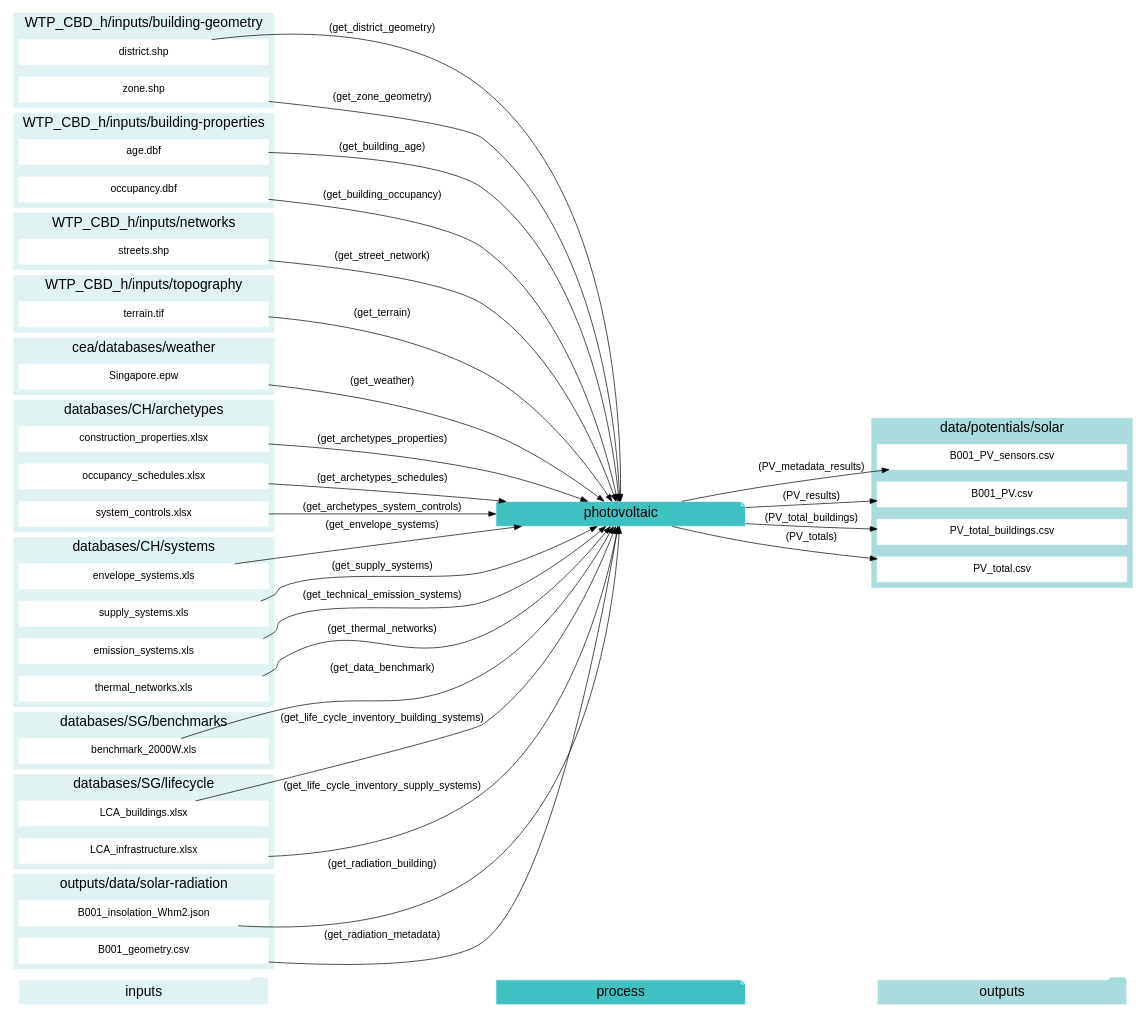
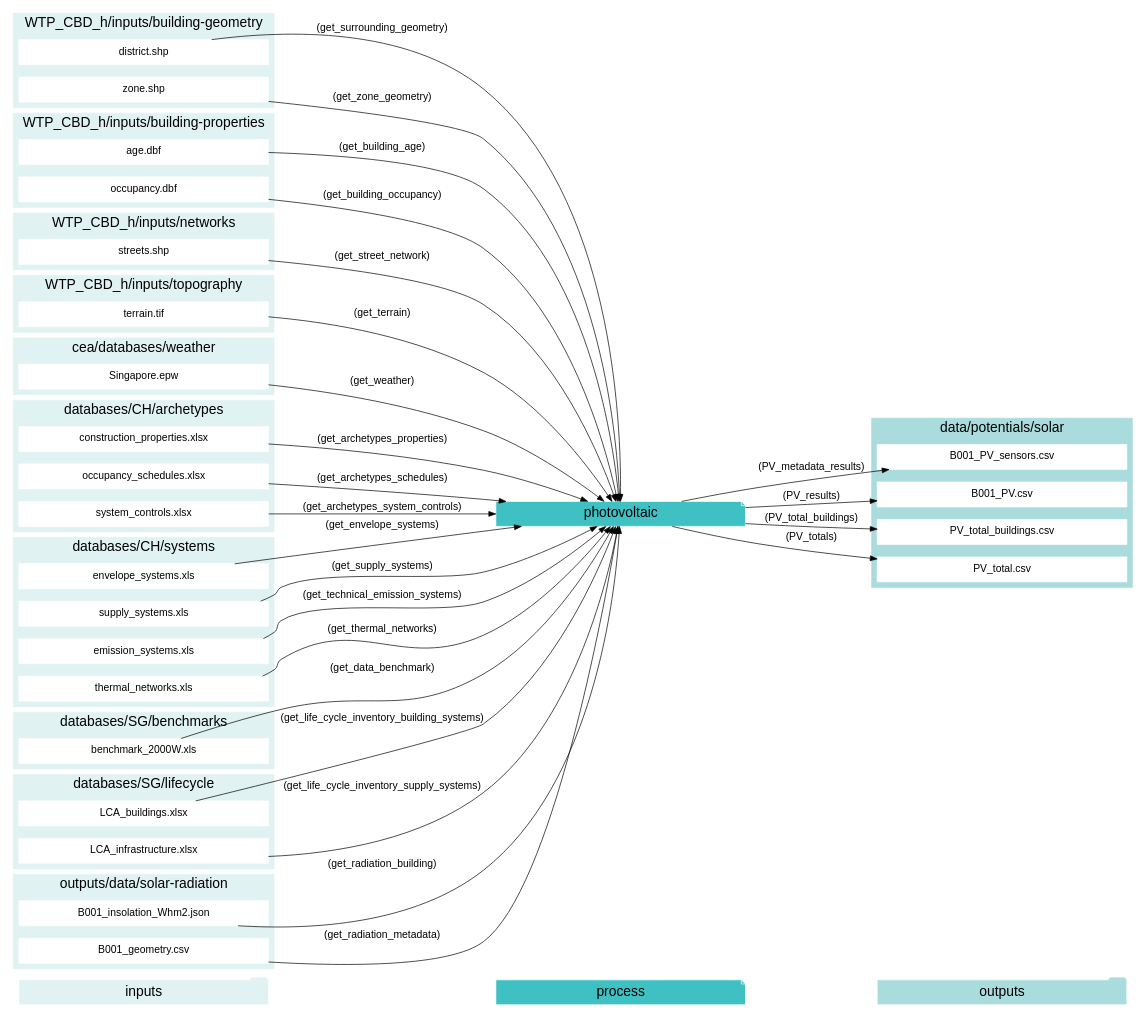
Before and after one commit to architecture-building-systems/CityEnergyAnalyst: the diagram in docs/graphviz/photovoltaic.gv, drawn with Graphviz. The commit also changed 9 other files, not shown here.

```diff
--- a/docs/graphviz/photovoltaic.gv
+++ b/docs/graphviz/photovoltaic.gv
@@ -1,140 +1,140 @@
 digraph trace_inputlocator {
     rankdir="LR";
     graph [overlap=false, fontname=arial];
     node [shape=box, style=filled, color=white, fontsize=15, fontname=arial, fixedsize=true, width=5];
     edge [fontname=arial, fontsize = 15]
     newrank=true
     subgraph cluster_legend {
     fontsize=25
     style=invis
     "process"[style=filled, fillcolor="#3FC0C2", shape=note, fontsize=20, fontname="arial"]
     "inputs" [style=filled, shape=folder, color=white, fillcolor="#E1F2F2", fontsize=20]
     "outputs"[style=filled, shape=folder, color=white, fillcolor="#aadcdd", fontsize=20]
     "inputs"->"process"[style=invis]
     "process"->"outputs"[style=invis]
     }
     "photovoltaic"[style=filled, color=white, fillcolor="#3FC0C2", shape=note, fontsize=20, fontname=arial];
     subgraph cluster_0_in {
         style = filled;
         color = "#E1F2F2";
         fontsize = 20;
         rank=same;
         label="WTP_CBD_h/inputs/building-geometry";
         "district.shp"
         "zone.shp"
     }
     subgraph cluster_1_in {
         style = filled;
         color = "#E1F2F2";
         fontsize = 20;
         rank=same;
         label="WTP_CBD_h/inputs/building-properties";
         "age.dbf"
         "occupancy.dbf"
     }
     subgraph cluster_2_in {
         style = filled;
         color = "#E1F2F2";
         fontsize = 20;
         rank=same;
         label="WTP_CBD_h/inputs/networks";
         "streets.shp"
     }
     subgraph cluster_3_in {
         style = filled;
         color = "#E1F2F2";
         fontsize = 20;
         rank=same;
         label="WTP_CBD_h/inputs/topography";
         "terrain.tif"
     }
     subgraph cluster_4_in {
         style = filled;
         color = "#E1F2F2";
         fontsize = 20;
         rank=same;
         label="cea/databases/weather";
         "Singapore.epw"
     }
     subgraph cluster_5_out {
         style = filled;
         color = "#aadcdd";
         fontsize = 20;
         rank=same;
         label="data/potentials/solar";
         "B001_PV_sensors.csv"
         "B001_PV.csv"
         "PV_total_buildings.csv"
         "PV_total.csv"
     }
     subgraph cluster_6_in {
         style = filled;
         color = "#E1F2F2";
         fontsize = 20;
         rank=same;
         label="databases/CH/archetypes";
         "construction_properties.xlsx"
         "occupancy_schedules.xlsx"
         "system_controls.xlsx"
     }
     subgraph cluster_7_in {
         style = filled;
         color = "#E1F2F2";
         fontsize = 20;
         rank=same;
         label="databases/CH/systems";
         "envelope_systems.xls"
         "supply_systems.xls"
         "emission_systems.xls"
         "thermal_networks.xls"
     }
     subgraph cluster_8_in {
         style = filled;
         color = "#E1F2F2";
         fontsize = 20;
         rank=same;
         label="databases/SG/benchmarks";
         "benchmark_2000W.xls"
     }
     subgraph cluster_9_in {
         style = filled;
         color = "#E1F2F2";
         fontsize = 20;
         rank=same;
         label="databases/SG/lifecycle";
         "LCA_buildings.xlsx"
         "LCA_infrastructure.xlsx"
     }
     subgraph cluster_10_in {
         style = filled;
         color = "#E1F2F2";
         fontsize = 20;
         rank=same;
         label="outputs/data/solar-radiation";
         "B001_insolation_Whm2.json"
         "B001_geometry.csv"
     }
     "construction_properties.xlsx" -> "photovoltaic"[label="(get_archetypes_properties)"]
     "occupancy_schedules.xlsx" -> "photovoltaic"[label="(get_archetypes_schedules)"]
     "system_controls.xlsx" -> "photovoltaic"[label="(get_archetypes_system_controls)"]
     "age.dbf" -> "photovoltaic"[label="(get_building_age)"]
     "occupancy.dbf" -> "photovoltaic"[label="(get_building_occupancy)"]
     "benchmark_2000W.xls" -> "photovoltaic"[label="(get_data_benchmark)"]
-    "district.shp" -> "photovoltaic"[label="(get_district_geometry)"]
+    "district.shp" -> "photovoltaic"[label="(get_surrounding_geometry)"]
     "envelope_systems.xls" -> "photovoltaic"[label="(get_envelope_systems)"]
     "LCA_buildings.xlsx" -> "photovoltaic"[label="(get_life_cycle_inventory_building_systems)"]
     "LCA_infrastructure.xlsx" -> "photovoltaic"[label="(get_life_cycle_inventory_supply_systems)"]
     "B001_insolation_Whm2.json" -> "photovoltaic"[label="(get_radiation_building)"]
     "B001_geometry.csv" -> "photovoltaic"[label="(get_radiation_metadata)"]
     "streets.shp" -> "photovoltaic"[label="(get_street_network)"]
     "supply_systems.xls" -> "photovoltaic"[label="(get_supply_systems)"]
     "emission_systems.xls" -> "photovoltaic"[label="(get_technical_emission_systems)"]
     "terrain.tif" -> "photovoltaic"[label="(get_terrain)"]
     "thermal_networks.xls" -> "photovoltaic"[label="(get_thermal_networks)"]
     "Singapore.epw" -> "photovoltaic"[label="(get_weather)"]
     "zone.shp" -> "photovoltaic"[label="(get_zone_geometry)"]
     "photovoltaic" -> "B001_PV_sensors.csv"[label="(PV_metadata_results)"]
     "photovoltaic" -> "B001_PV.csv"[label="(PV_results)"]
     "photovoltaic" -> "PV_total_buildings.csv"[label="(PV_total_buildings)"]
     "photovoltaic" -> "PV_total.csv"[label="(PV_totals)"]
     }
```
